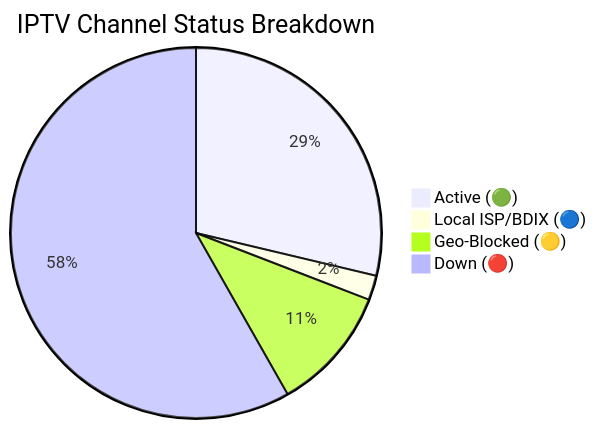
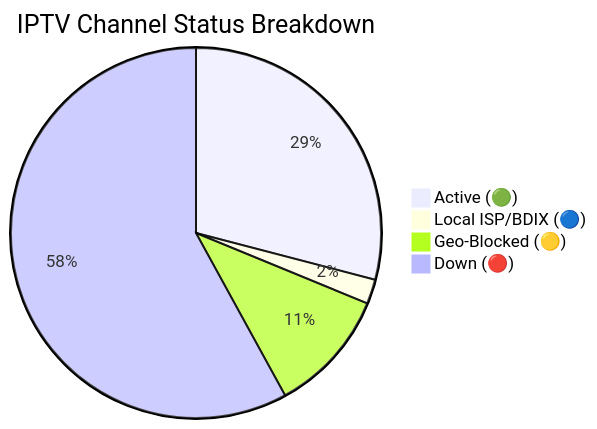
Before and after one commit to andreataylord/Ip-tv-Collection: the diagram in README.md, drawn with Mermaid. The commit also changed other lines of this file and 1 other file, not shown here.

Commit message:
docs(readme): auto-update daily channel status chart

````diff
--- a/README.md
+++ b/README.md
@@ -59,7 +59,7 @@
 ```mermaid
 pie title IPTV Channel Status Breakdown
-    "Active (🟢)" : 1709
+    "Active (🟢)" : 1730
     "Local ISP/BDIX (🔵)" : 128
-    "Geo-Blocked (🟡)" : 650
-    "Down (🔴)" : 3466
+    "Geo-Blocked (🟡)" : 643
+    "Down (🔴)" : 3452
 ```
````
